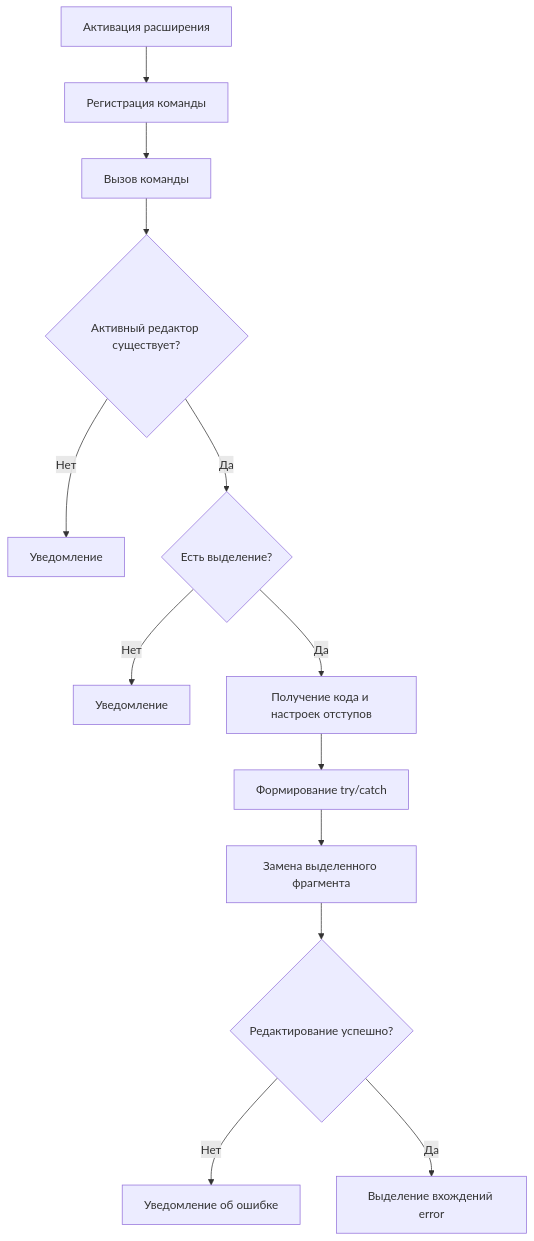
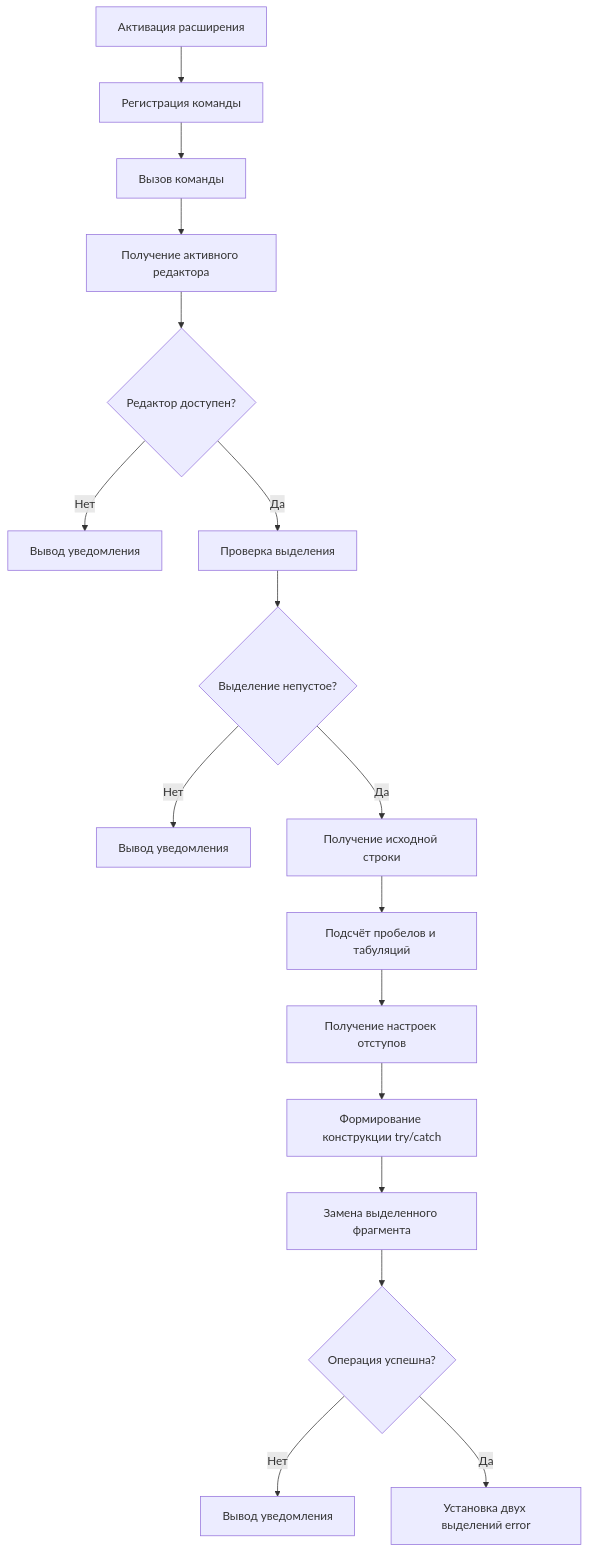
The diagram in README.md (MrFome14/SoftwareBasics_03), drawn with Mermaid before and after one commit. The commit also changed other lines of this file, not shown here.

````diff
--- a/README.md
+++ b/README.md
@@ -32,15 +32,19 @@
 ```mermaid
 flowchart TD
     A[Активация расширения] --> B[Регистрация команды]
     B --> C[Вызов команды]
-    C --> D{Активный редактор существует?}
-    D -- Нет --> E[Уведомление]
-    D -- Да --> F{Есть выделение?}
-    F -- Нет --> G[Уведомление]
-    F -- Да --> H[Получение кода и настроек отступов]
-    H --> I[Формирование try/catch]
-    I --> J[Замена выделенного фрагмента]
-    J --> K{Редактирование успешно?}
-    K -- Нет --> L[Уведомление об ошибке]
-    K -- Да --> M[Выделение вхождений error]
+    C --> D[Получение активного редактора]
+    D --> E{Редактор доступен?}
+    E -- Нет --> F[Вывод уведомления]
+    E -- Да --> G[Проверка выделения]
+    G --> H{Выделение непустое?}
+    H -- Нет --> I[Вывод уведомления]
+    H -- Да --> J[Получение исходной строки]
+    J --> K[Подсчёт пробелов и табуляций]
+    K --> L[Получение настроек отступов]
+    L --> M[Формирование конструкции try/catch]
+    M --> N[Замена выделенного фрагмента]
+    N --> O{Операция успешна?}
+    O -- Нет --> P[Вывод уведомления]
+    O -- Да --> Q[Установка двух выделений error]
 ```
````
